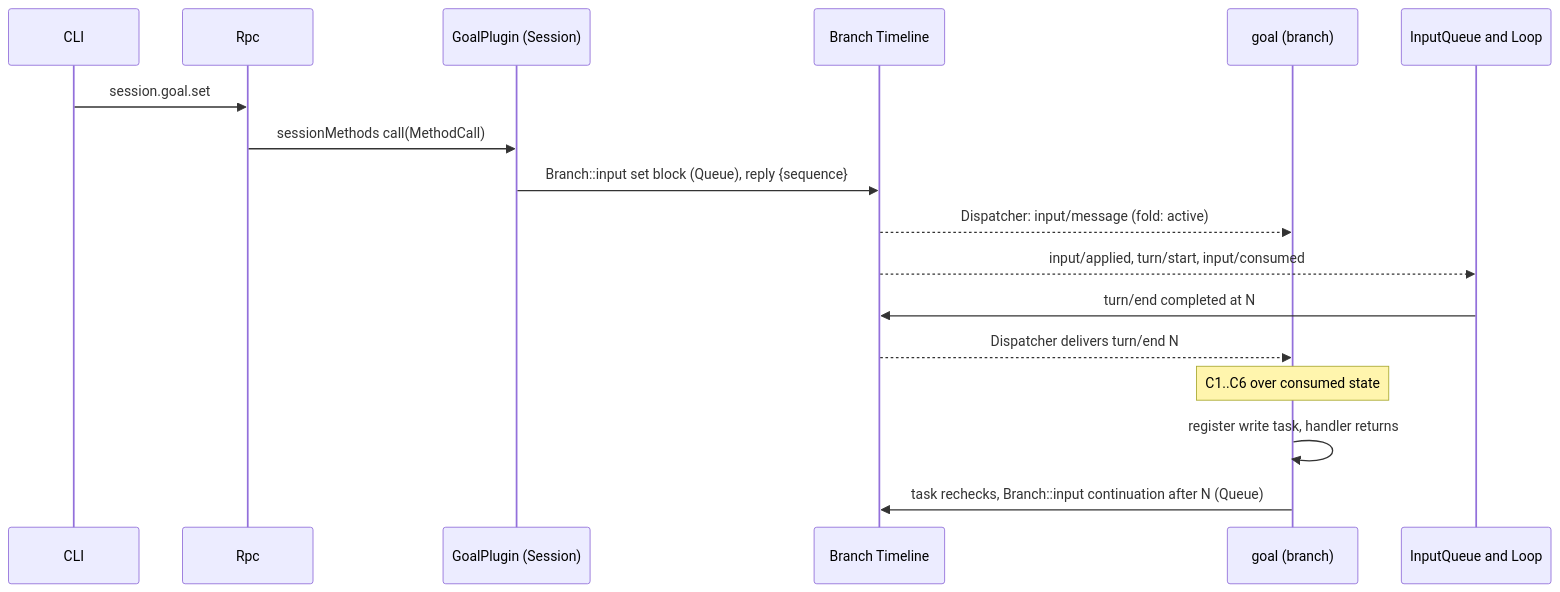
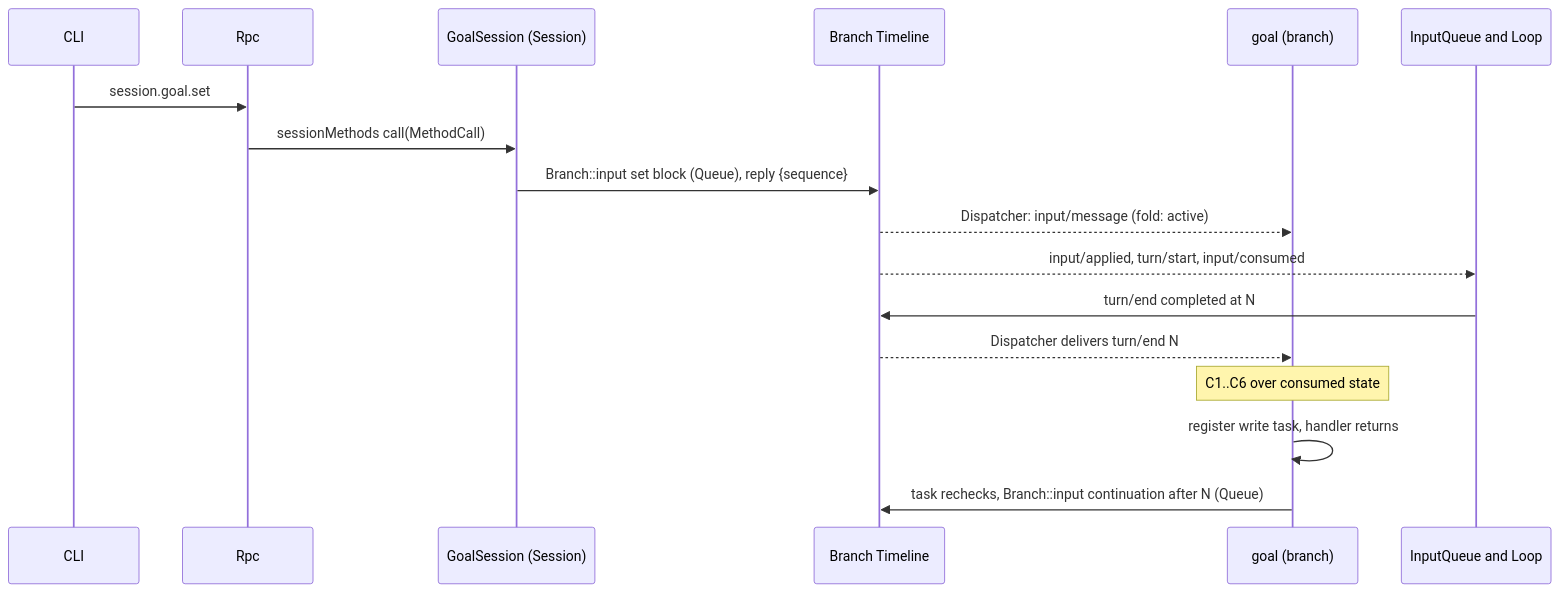
Before and after one commit to CoutinhoTTS/dim-agent: the third of 7 diagrams in docs/design/plugins/Goal.md, drawn with Mermaid. The commit also changed other lines of this file and 5 other files, not shown here.

````diff
--- a/docs/design/plugins/Goal.md
+++ b/docs/design/plugins/Goal.md
@@ -109,19 +109,19 @@
 ```mermaid
 sequenceDiagram
   participant CLI
   participant Rpc
-  participant GS as GoalPlugin (Session)
+  participant GS as GoalSession (Session)
   participant TL as Branch Timeline
   participant G as goal (branch)
   participant IQ as InputQueue and Loop
   CLI->>Rpc: session.goal.set
   Rpc->>GS: sessionMethods call(MethodCall)
   GS->>TL: Branch::input set block (Queue), reply {sequence}
   TL-->>G: Dispatcher: input/message (fold: active)
   TL-->>IQ: input/applied, turn/start, input/consumed
   IQ->>TL: turn/end completed at N
   TL-->>G: Dispatcher delivers turn/end N
   Note over G: C1..C6 over consumed state
   G->>G: register write task, handler returns
   G->>TL: task rechecks, Branch::input continuation after N (Queue)
 ```
````
